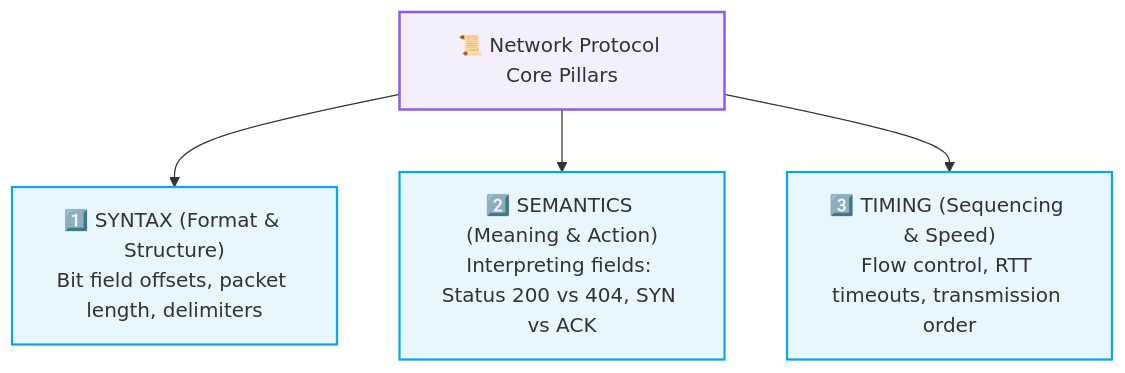
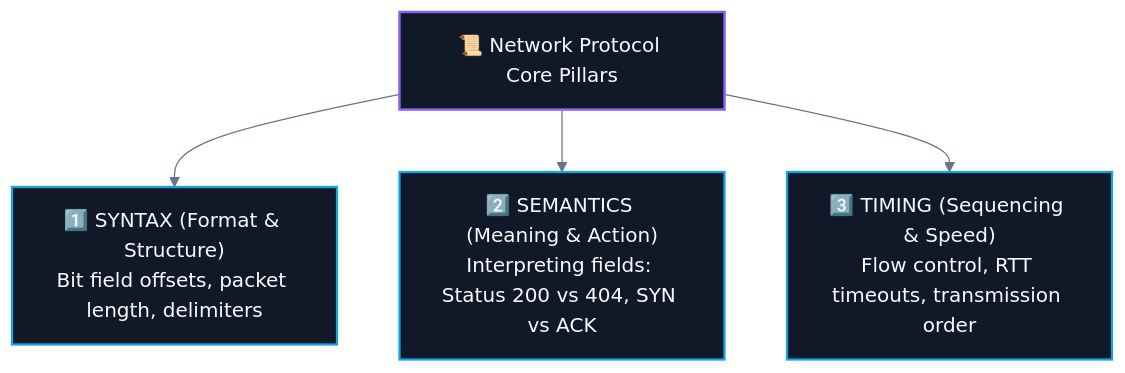
One commit to abhinavbharti2345/CS_Notes changed the first of 2 diagrams in CS/Computer Networking/02. Data Flow & Encapsulation/01. Network Protocols and Standards.md. Above: the diagram before and after it, drawn with Mermaid. The commit also changed other lines of this file and 195 other files, not shown here.

````diff
--- a/CS/Computer Networking/02. Data Flow & Encapsulation/01. Network Protocols and Standards.md
+++ b/CS/Computer Networking/02. Data Flow & Encapsulation/01. Network Protocols and Standards.md
@@ -43,13 +43,14 @@
 ```mermaid
+%%{init: {'theme': 'base', 'themeVariables': { 'darkMode': true, 'background': '#0B0F14', 'mainBkg': '#111827', 'primaryColor': '#111827', 'primaryTextColor': '#F8FAFC', 'primaryBorderColor': '#38BDF8', 'lineColor': '#64748B', 'secondaryColor': '#0B0F14', 'tertiaryColor': '#0B0F14', 'clusterBkg': '#0B0F14', 'clusterBorder': '#38BDF8' }}}%%
 flowchart TD
     Protocol["📜 Network Protocol Core Pillars"]
     
     Protocol --> P1["1️⃣ SYNTAX (Format & Structure)<br/>Bit field offsets, packet length, delimiters"]
     Protocol --> P2["2️⃣ SEMANTICS (Meaning & Action)<br/>Interpreting fields: Status 200 vs 404, SYN vs ACK"]
     Protocol --> P3["3️⃣ TIMING (Sequencing & Speed)<br/>Flow control, RTT timeouts, transmission order"]
 
-    classDef proto fill:#8b5cf618,stroke:#8b5cf6,stroke-width:2px;
-    classDef branch fill:#0ea5e918,stroke:#0ea5e9,stroke-width:1.8px;
+    classDef proto fill:#111827,stroke:#8b5cf6,stroke-width:2px,color:#F8FAFC;
+    classDef branch fill:#111827,stroke:#0ea5e9,stroke-width:1.8px,color:#F8FAFC;
     class Protocol proto;
     class P1,P2,P3 branch;
 ```
````
